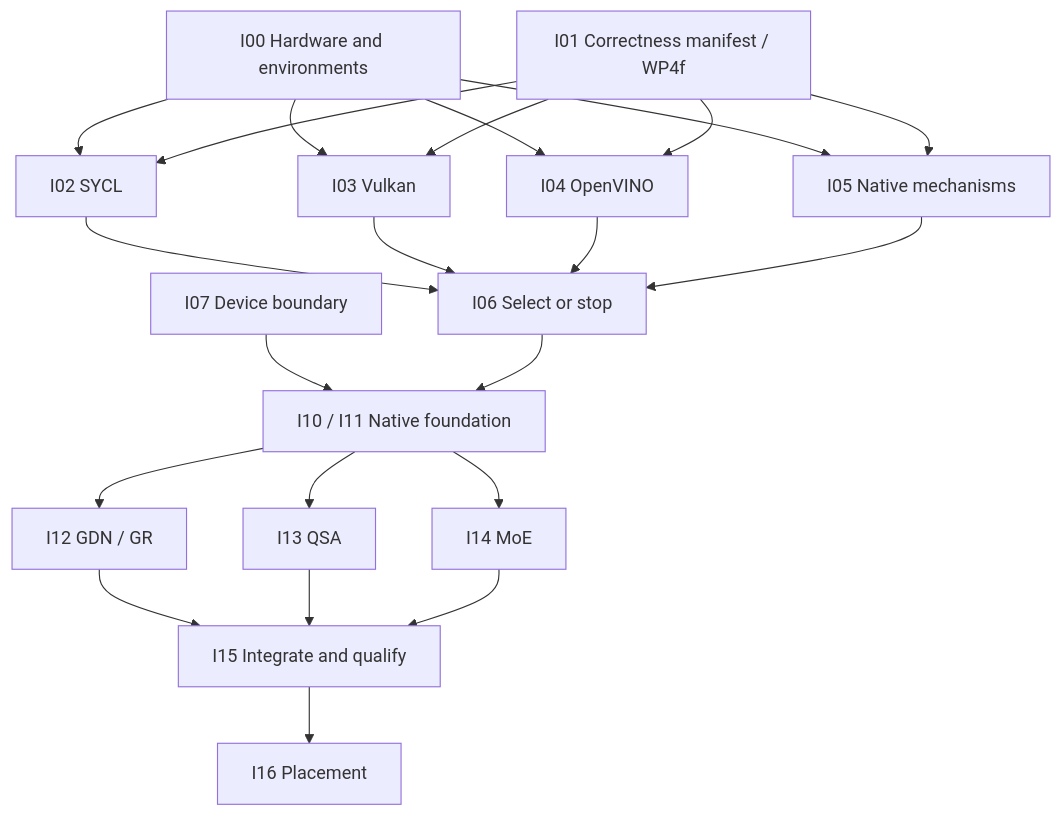
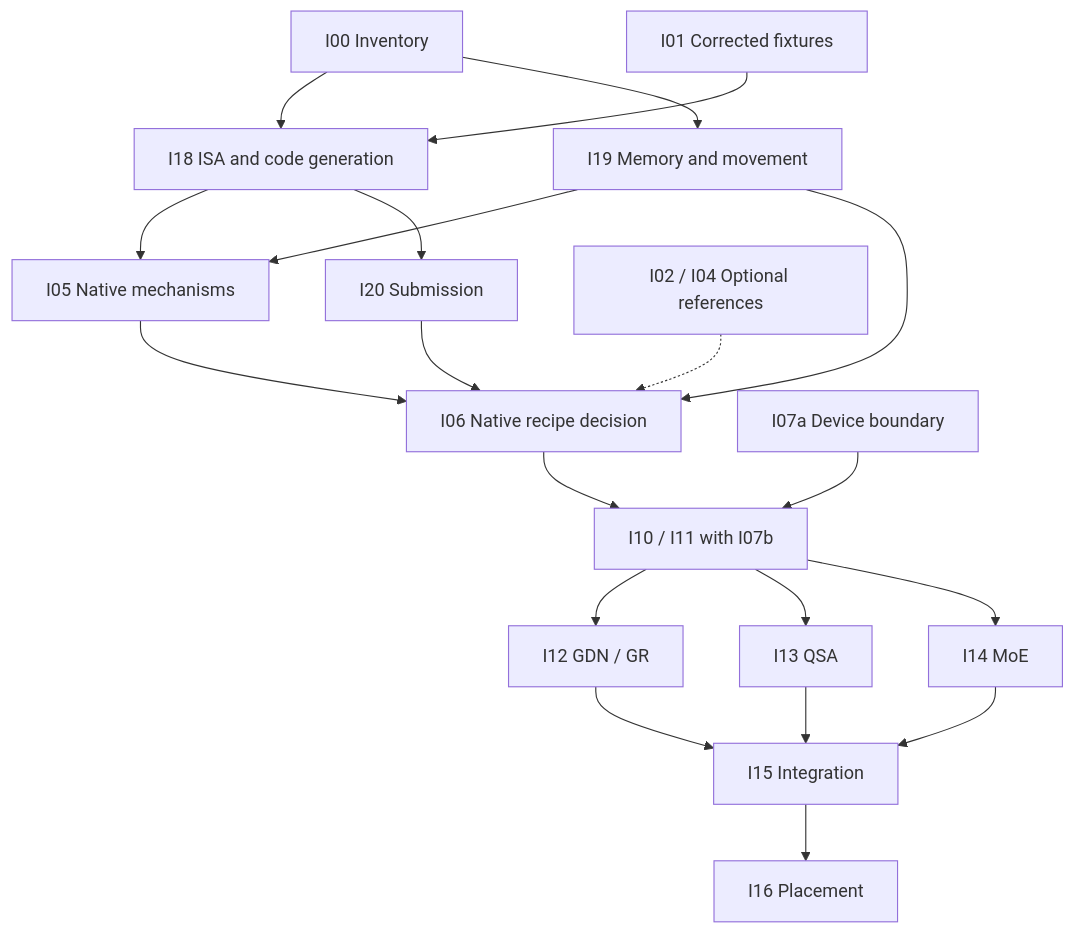
One commit to CraigHutchinson/Sub0Llm changed the diagram in docs/INTEL_IGPU_WORK_PACKAGES.md. Above: the diagram before and after it, drawn with Mermaid. The commit also changed other lines of this file and 3 other files, not shown here.

````diff
--- a/docs/INTEL_IGPU_WORK_PACKAGES.md
+++ b/docs/INTEL_IGPU_WORK_PACKAGES.md
@@ -367,24 +453,22 @@
 ```mermaid
 flowchart TD
-    H[I00 Hardware and environments] --> S[I02 SYCL]
-    H --> V[I03 Vulkan]
-    H --> O[I04 OpenVINO]
-    H --> K[I05 Native mechanisms]
-    F[I01 Correctness manifest / WP4f] --> S
-    F --> V
-    F --> O
-    F --> K
-    S --> D[I06 Select or stop]
-    V --> D
-    O --> D
-    K --> D
-    A[I07 Device boundary] --> N[I10 / I11 Native foundation]
+    H[I00 Inventory] --> A[I18 ISA and code generation]
+    H --> M[I19 Memory and movement]
+    F[I01 Corrected fixtures] --> A
+    A --> K[I05 Native mechanisms]
+    M --> K
+    A --> S[I20 Submission]
+    K --> D[I06 Native recipe decision]
+    M --> D
+    S --> D
+    O[I02 / I04 Optional references] -.-> D
+    B[I07a Device boundary] --> N[I10 / I11 with I07b]
     D --> N
     N --> G[I12 GDN / GR]
     N --> Q[I13 QSA]
-    N --> M[I14 MoE]
-    G --> E[I15 Integrate and qualify]
-    Q --> E
-    M --> E
-    E --> X[I16 Placement]
+    N --> E[I14 MoE]
+    G --> R[I15 Integration]
+    Q --> R
+    E --> R
+    R --> X[I16 Placement]
 ```
````
